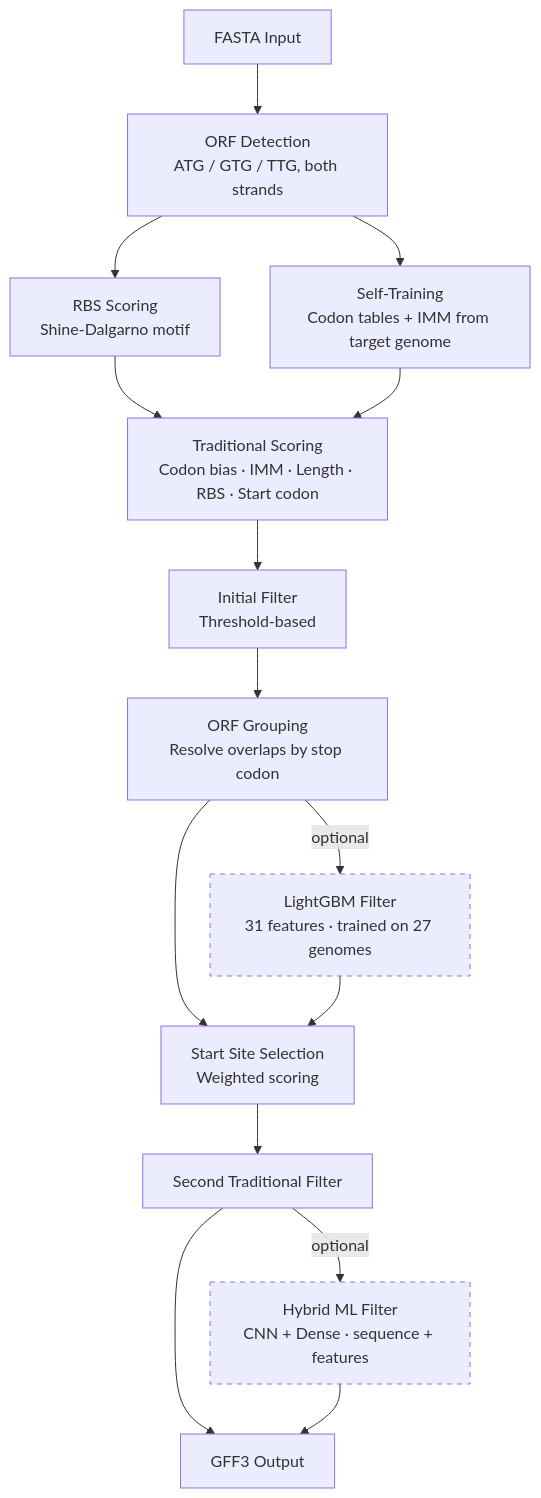
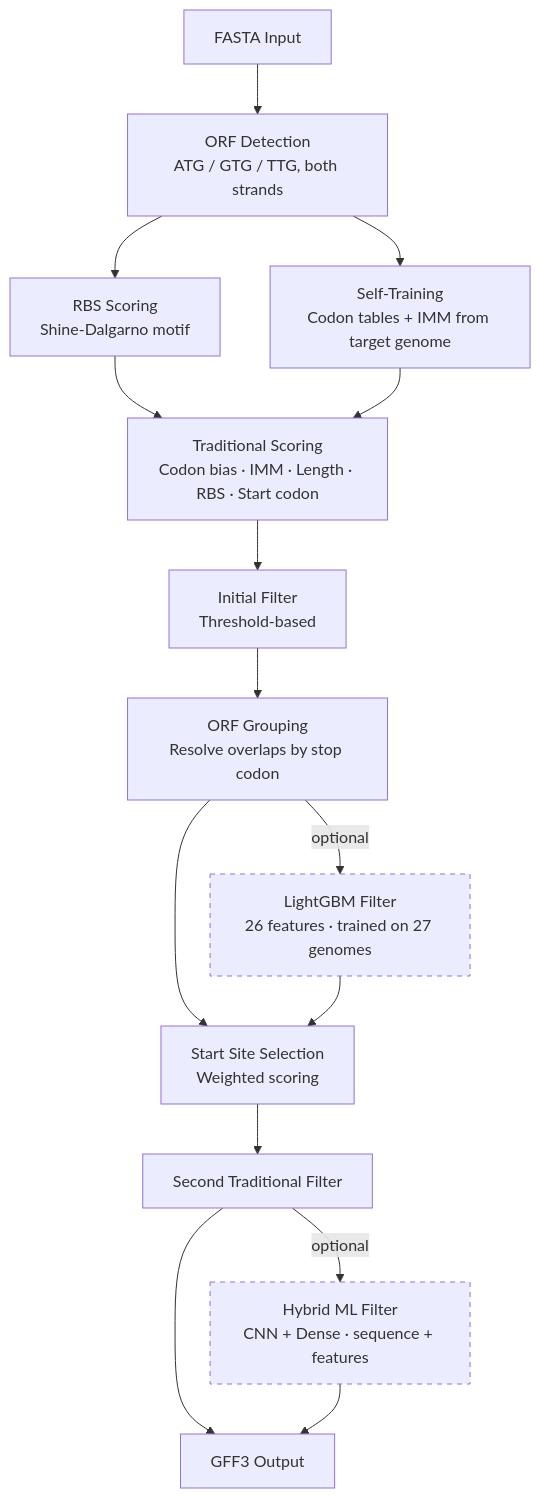
One commit to roeimed0/bacterial-gene-prediction changed the diagram in prompts/role_docs.md. Above: the diagram before and after it, drawn with Mermaid. The commit also changed 11 other files, not shown here.

````diff
--- a/prompts/role_docs.md
+++ b/prompts/role_docs.md
@@ -170,19 +170,19 @@
 ```mermaid
 flowchart TD
     A[FASTA Input] --> B[ORF Detection\nATG / GTG / TTG, both strands]
     B --> C[RBS Scoring\nShine-Dalgarno motif]
     B --> D[Self-Training\nCodon tables + IMM from target genome]
     C & D --> E[Traditional Scoring\nCodon bias · IMM · Length · RBS · Start codon]
     E --> F[Initial Filter\nThreshold-based]
     F --> G[ORF Grouping\nResolve overlaps by stop codon]
-    G -->|optional| H[LightGBM Filter\n31 features · trained on 27 genomes]
+    G -->|optional| H[LightGBM Filter\n26 features · trained on 27 genomes]
     G --> I
     H --> I[Start Site Selection\nWeighted scoring]
     I --> J[Second Traditional Filter]
     J -->|optional| K[Hybrid ML Filter\nCNN + Dense · sequence + features]
     J --> L
     K --> L[GFF3 Output]
 
     style H stroke-dasharray: 5 5
     style K stroke-dasharray: 5 5
 ```
````
